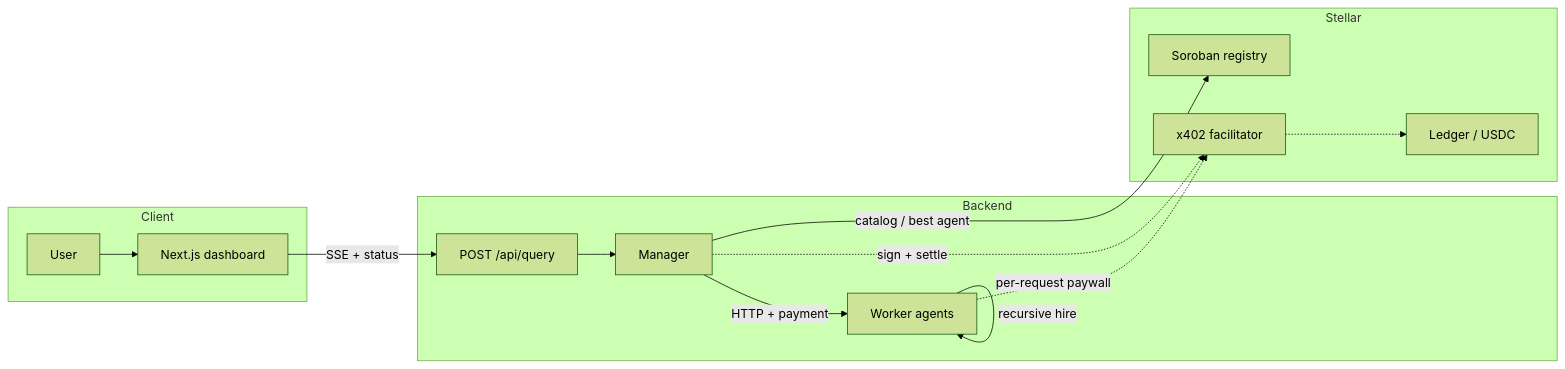
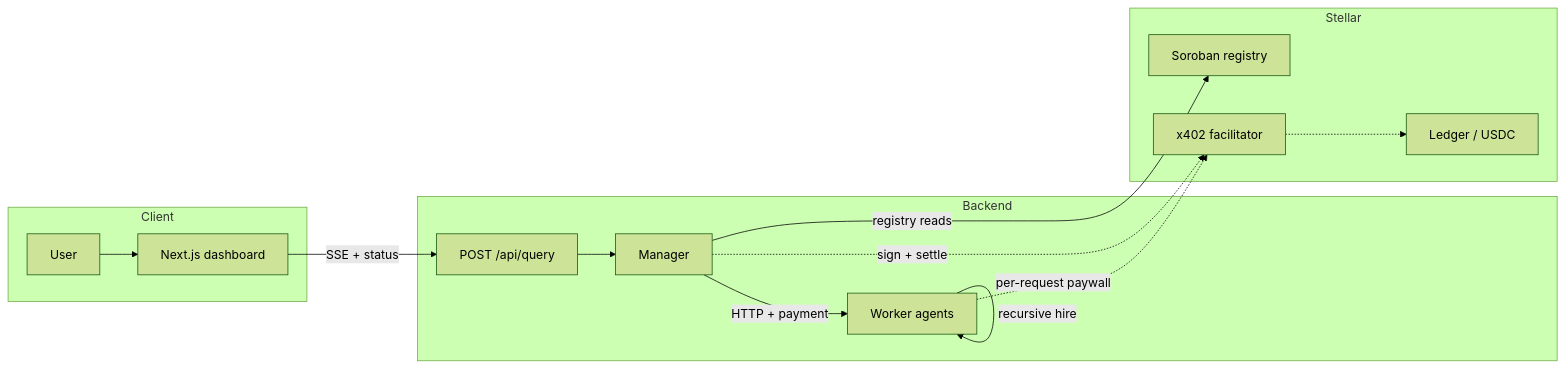
The diagram in README.md (0xshobha/stellar), drawn with Mermaid (forest theme) before and after one commit. The commit also changed other lines of this file and 21 other files, not shown here.

````diff
--- a/README.md
+++ b/README.md
@@ -21,29 +21,29 @@
 ```mermaid
 flowchart LR
   subgraph client["Client"]
     U[User]
     UI[Next.js dashboard]
   end
 
   subgraph api["Backend"]
     Q["POST /api/query"]
     M[Manager]
     W[Worker agents]
   end
 
   subgraph chain["Stellar"]
     R[Soroban registry]
     X[x402 facilitator]
     L[Ledger / USDC]
   end
 
   U --> UI
   UI -->|SSE + status| Q
   Q --> M
-  M -->|catalog / best agent| R
+  M -->|registry reads| R
   M -->|HTTP + payment| W
   W -->|recursive hire| W
   M -.->|sign + settle| X
   X -.-> L
   W -.->|per-request paywall| X
 ```
````
